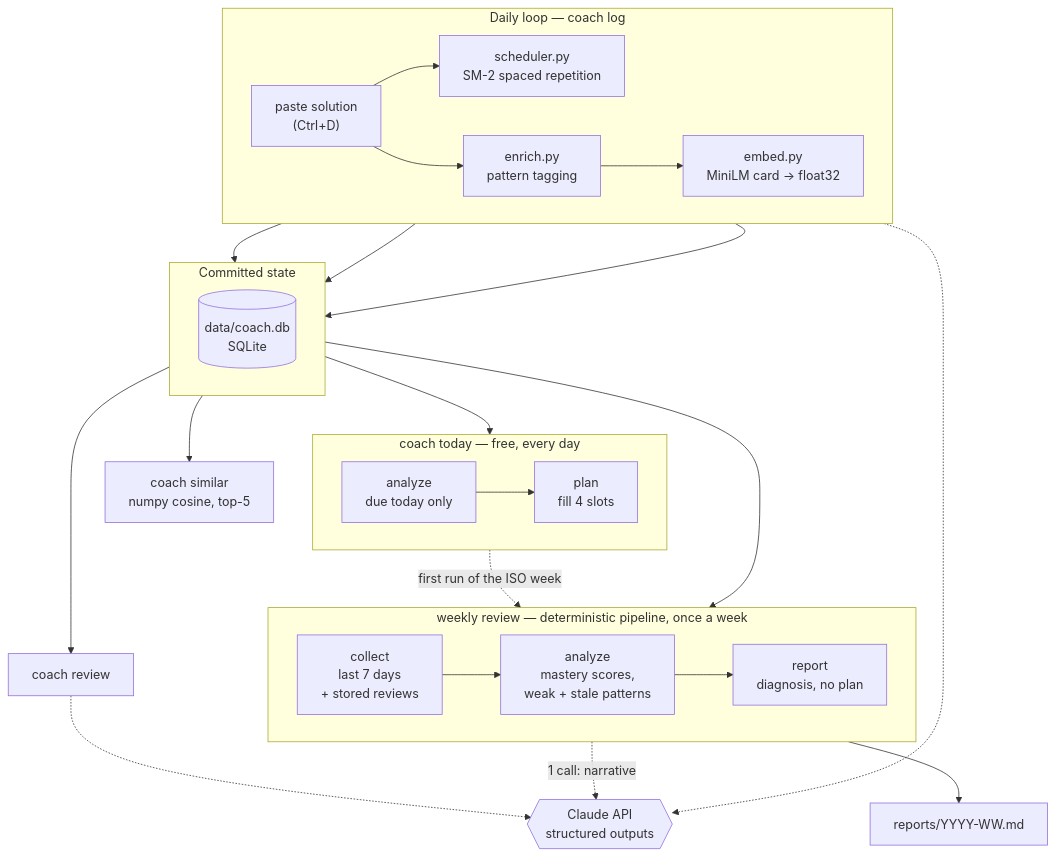
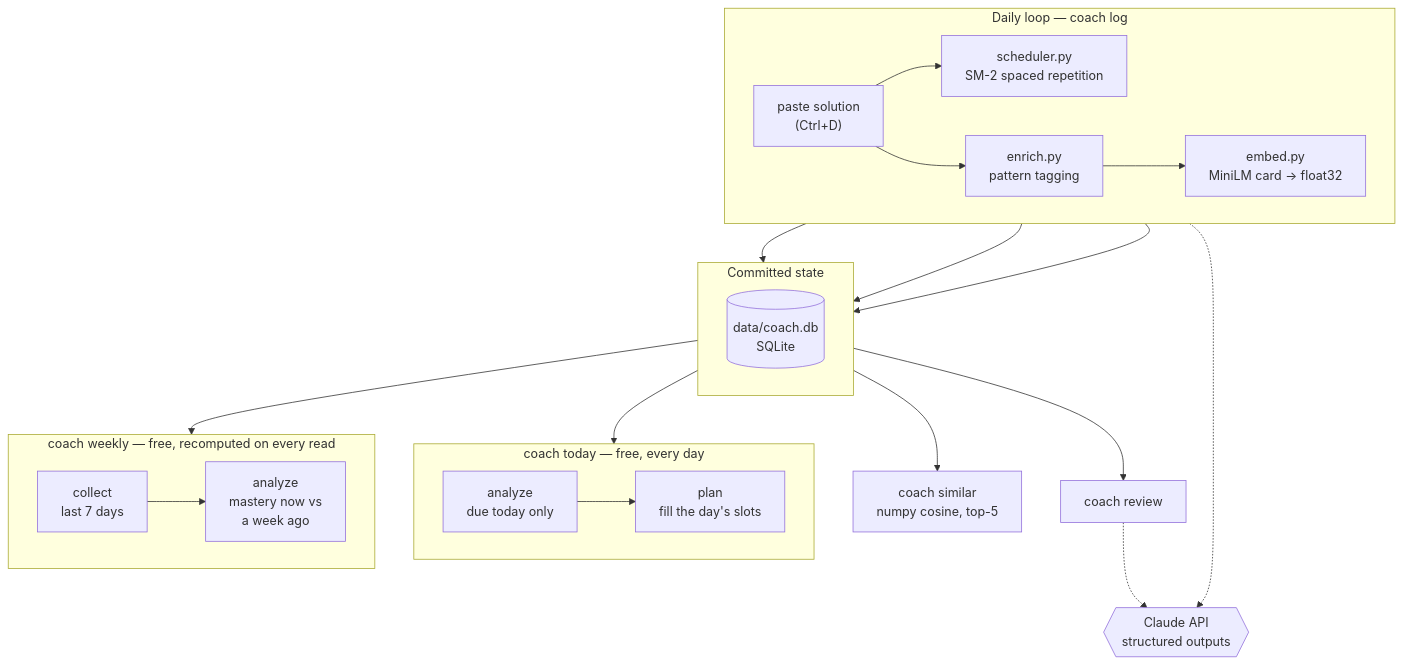
Before and after one commit to AvivE453/leetcode-coach: the diagram in README.md, drawn with Mermaid. The commit also changed other lines of this file and 22 other files, not shown here.

````diff
--- a/README.md
+++ b/README.md
@@ -18,41 +18,38 @@
 ```mermaid
 flowchart TB
     subgraph daily ["Daily loop — coach log"]
         direction LR
         paste["paste solution<br/>(Ctrl+D)"] --> sm2["scheduler.py<br/>SM-2 spaced repetition"]
         paste --> enr["enrich.py<br/>pattern tagging"]
         enr --> emb["embed.py<br/>MiniLM card → float32"]
     end
 
     subgraph state ["Committed state"]
         direction LR
         db[("data/coach.db<br/>SQLite")]
     end
 
     subgraph todayp ["coach today — free, every day"]
         direction LR
-        ta["analyze<br/>due today only"] --> tp["plan<br/>fill 4 slots"]
+        ta["analyze<br/>due today only"] --> tp["plan<br/>fill the day's slots"]
     end
 
-    subgraph weeklyp ["weekly review — deterministic pipeline, once a week"]
+    subgraph weeklyp ["coach weekly — free, recomputed on every read"]
         direction LR
-        c["collect<br/>last 7 days<br/>+ stored reviews"] --> a["analyze<br/>mastery scores,<br/>weak + stale patterns"] --> r["report<br/>diagnosis, no plan"]
+        c["collect<br/>last 7 days"] --> a["analyze<br/>mastery now vs<br/>a week ago"]
     end
 
     api{{"Claude API<br/>structured outputs"}}
 
     sm2 --> db
     enr --> db
     emb --> db
     db --> ta
     db --> c
-    tp -.->|"first run of the ISO week"| c
-    r --> md["reports/YYYY-WW.md"]
 
     enr -.-> api
-    r -.->|"1 call: narrative"| api
 
     db --> sim["coach similar<br/>numpy cosine, top-5"]
     db --> rev["coach review"]
     rev -.-> api
 ```
````
